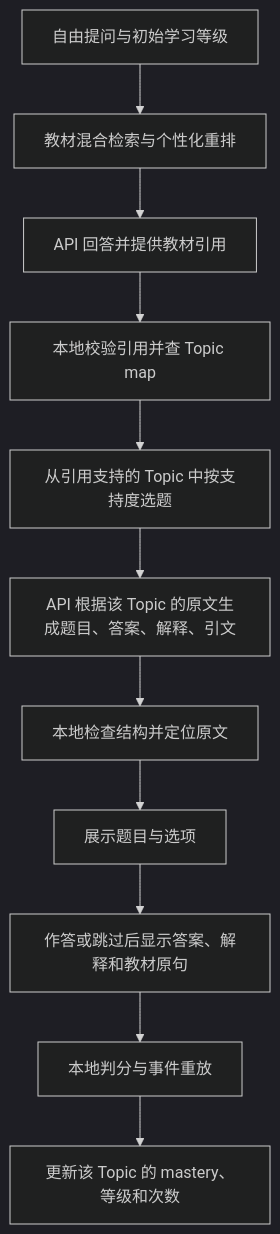
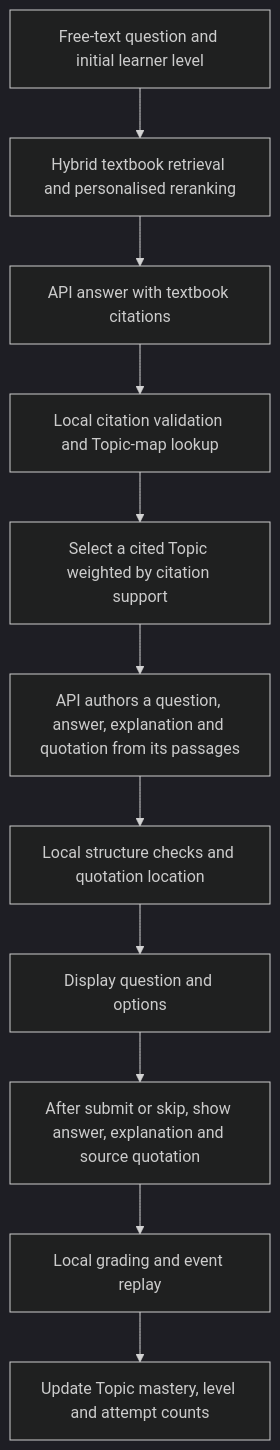
The diagram in docs/superpowers/specs/2026-10-28-api-learning-demo-design.md (yshe0376/cs30-personalised-rag), drawn with Mermaid (dark theme) before and after one commit. The commit also changed other lines of this file and 6 other files, not shown here.

````diff
--- a/docs/superpowers/specs/2026-10-28-api-learning-demo-design.md
+++ b/docs/superpowers/specs/2026-10-28-api-learning-demo-design.md
@@ -15,13 +23,13 @@
 ```mermaid
 flowchart TD
-    A[自由提问与初始学习等级] --> B[教材混合检索与个性化重排]
-    B --> C[API 回答并提供教材引用]
-    C --> D[本地校验引用并查 Topic map]
-    D --> E[从引用支持的 Topic 中按支持度选题]
-    E --> F[API 根据该 Topic 的原文生成题目、答案、解释、引文]
-    F --> G[本地检查结构并定位原文]
-    G --> H[展示题目与选项]
-    H --> I[作答或跳过后显示答案、解释和教材原句]
-    I --> J[本地判分与事件重放]
-    J --> K[更新该 Topic 的 mastery、等级和次数]
+    A[Free-text question and initial learner level] --> B[Hybrid textbook retrieval and personalised reranking]
+    B --> C[API answer with textbook citations]
+    C --> D[Local citation validation and Topic-map lookup]
+    D --> E[Select a cited Topic weighted by citation support]
+    E --> F[API authors a question, answer, explanation and quotation from its passages]
+    F --> G[Local structure checks and quotation location]
+    G --> H[Display question and options]
+    H --> I[After submit or skip, show answer, explanation and source quotation]
+    I --> J[Local grading and event replay]
+    J --> K[Update Topic mastery, level and attempt counts]
 ```
````
